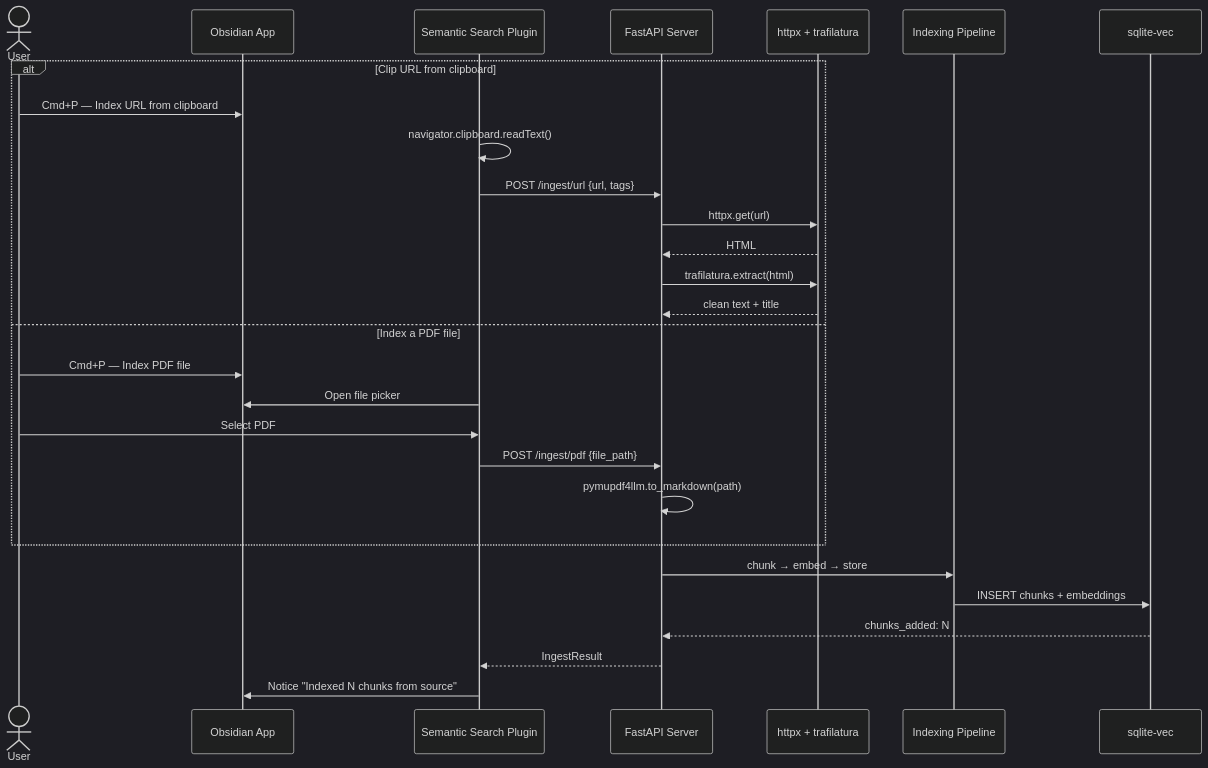
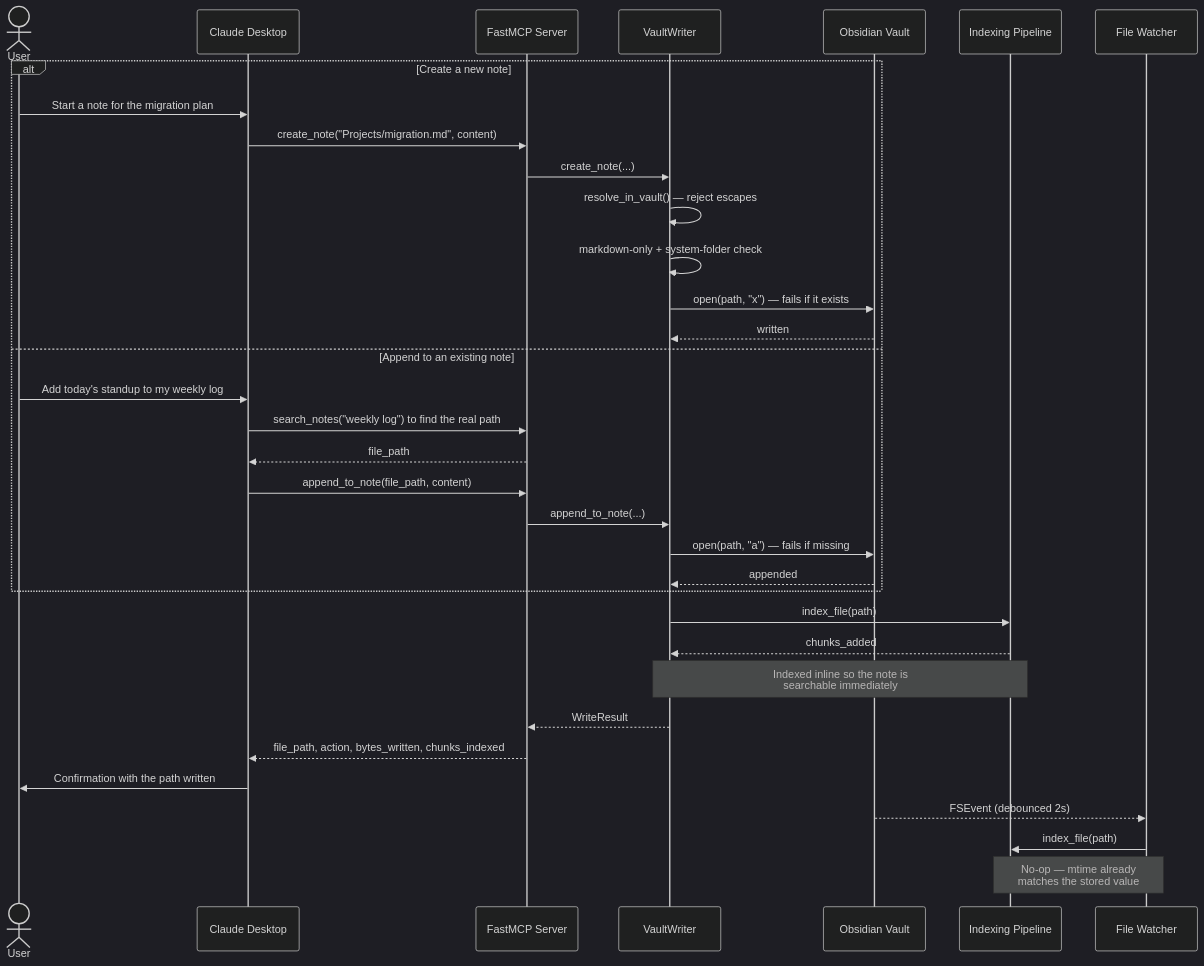
One commit to unnitin/obsidian-mcp changed the second of 6 diagrams in docs/userflows.md. Above: the diagram before and after it, drawn with Mermaid (dark theme). The commit also changed other lines of this file and 47 other files, not shown here.

````diff
--- a/docs/userflows.md
+++ b/docs/userflows.md
@@ -97,32 +55,39 @@
 ```mermaid
 sequenceDiagram
     actor User
-    participant Obsidian as Obsidian App
-    participant Plugin as Semantic Search Plugin
-    participant API as FastAPI Server
-    participant Fetch as httpx + trafilatura
+    participant Claude as Claude Desktop
+    participant MCP as FastMCP Server
+    participant Writer as VaultWriter
+    participant Vault as Obsidian Vault
     participant Pipeline as Indexing Pipeline
-    participant DB as sqlite-vec
+    participant Watcher as File Watcher
 
-    alt Clip URL from clipboard
-        User->>Obsidian: Cmd+P — Index URL from clipboard
-        Plugin->>Plugin: navigator.clipboard.readText()
-        Plugin->>API: POST /ingest/url {url, tags}
-        API->>Fetch: httpx.get(url)
-        Fetch-->>API: HTML
-        API->>Fetch: trafilatura.extract(html)
-        Fetch-->>API: clean text + title
-    else Index a PDF file
-        User->>Obsidian: Cmd+P — Index PDF file
-        Plugin->>Obsidian: Open file picker
-        User->>Plugin: Select PDF
-        Plugin->>API: POST /ingest/pdf {file_path}
-        API->>API: pymupdf4llm.to_markdown(path)
+    alt Create a new note
+        User->>Claude: Start a note for the migration plan
+        Claude->>MCP: create_note("Projects/migration.md", content)
+        MCP->>Writer: create_note(...)
+        Writer->>Writer: resolve_in_vault() — reject escapes
+        Writer->>Writer: markdown-only + system-folder check
+        Writer->>Vault: open(path, "x") — fails if it exists
+        Vault-->>Writer: written
+    else Append to an existing note
+        User->>Claude: Add today's standup to my weekly log
+        Claude->>MCP: search_notes("weekly log") to find the real path
+        MCP-->>Claude: file_path
+        Claude->>MCP: append_to_note(file_path, content)
+        MCP->>Writer: append_to_note(...)
+        Writer->>Vault: open(path, "a") — fails if missing
+        Vault-->>Writer: appended
     end
 
-    API->>Pipeline: chunk → embed → store
-    Pipeline->>DB: INSERT chunks + embeddings
-    DB-->>API: chunks_added: N
-    API-->>Plugin: IngestResult
-    Plugin->>Obsidian: Notice "Indexed N chunks from source"
+    Writer->>Pipeline: index_file(path)
+    Pipeline-->>Writer: chunks_added
+    Note over Writer,Pipeline: Indexed inline so the note is<br/>searchable immediately
+    Writer-->>MCP: WriteResult
+    MCP-->>Claude: file_path, action, bytes_written, chunks_indexed
+    Claude->>User: Confirmation with the path written
+
+    Vault-->>Watcher: FSEvent (debounced 2s)
+    Watcher->>Pipeline: index_file(path)
+    Note over Watcher,Pipeline: No-op — mtime already<br/>matches the stored value
 ```
````
